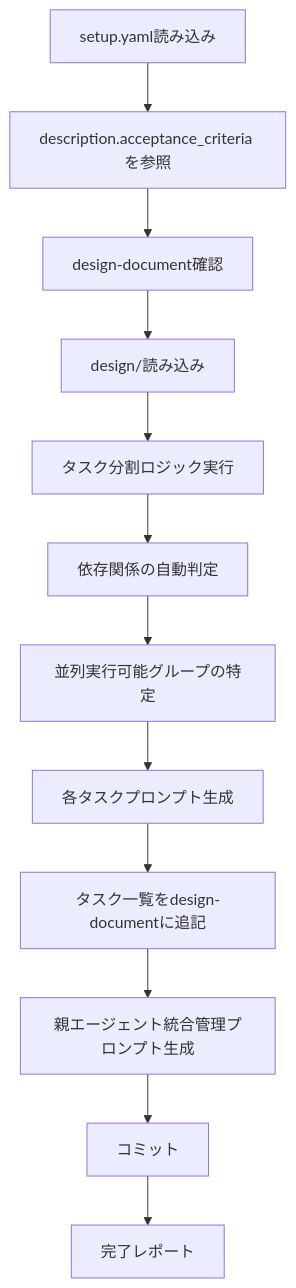
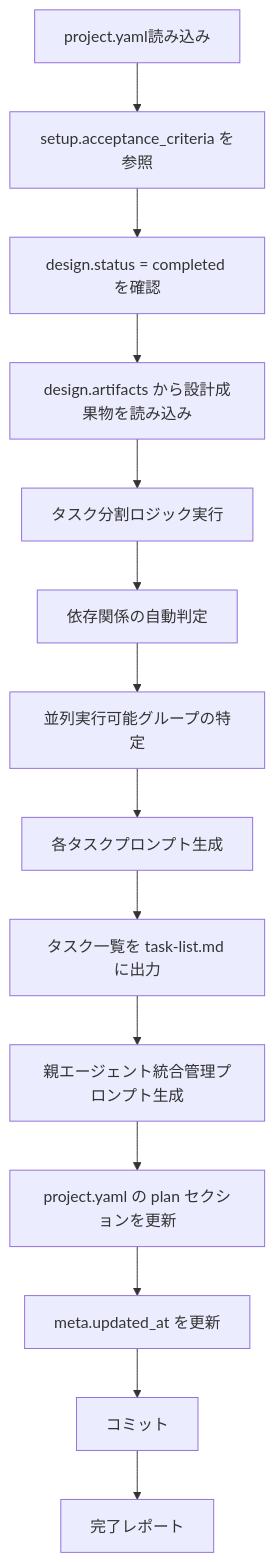
One commit to NagasakaH/dev-process changed the first of 2 diagrams in .claude/skills/plan/SKILL.md. Above: the diagram before and after it, drawn with Mermaid. The commit also changed other lines of this file and 11 other files, not shown here.

````diff
--- a/.claude/skills/plan/SKILL.md
+++ b/.claude/skills/plan/SKILL.md
@@ -98,14 +118,16 @@
 ```mermaid
 flowchart TD
-    A[setup.yaml読み込み] --> B[description.acceptance_criteria を参照]
-    B --> C[design-document確認]
-    C --> D[design/読み込み]
+    A[project.yaml読み込み] --> B[setup.acceptance_criteria を参照]
+    B --> C[design.status = completed を確認]
+    C --> D[design.artifacts から設計成果物を読み込み]
     D --> E[タスク分割ロジック実行]
     E --> F[依存関係の自動判定]
     F --> G[並列実行可能グループの特定]
     G --> H[各タスクプロンプト生成]
-    H --> I[タスク一覧をdesign-documentに追記]
+    H --> I[タスク一覧を task-list.md に出力]
     I --> J[親エージェント統合管理プロンプト生成]
-    J --> K[コミット]
-    K --> L[完了レポート]
+    J --> K[project.yaml の plan セクションを更新]
+    K --> L[meta.updated_at を更新]
+    L --> M[コミット]
+    M --> N[完了レポート]
 ```
````
